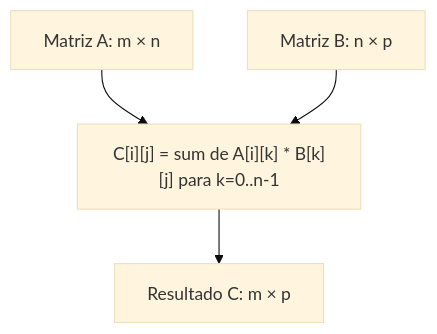
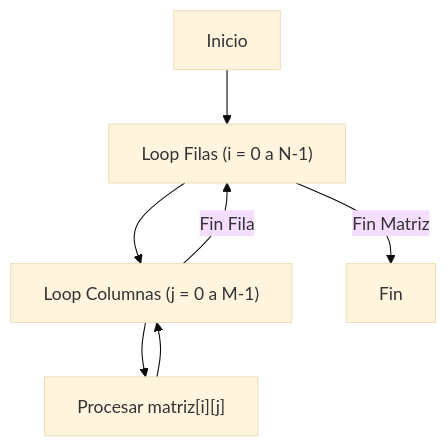
One commit to obiticadev/DAM-2025-26 changed the second of 5 diagrams in Programación/Aprendizaje autodidacta/00_ArraysEstaticosMasterclass/teoria/05_Matrices_Bidimensionales.md. Above: the diagram before and after it, drawn with Mermaid (base theme). The commit also changed other lines of this file and 59 other files, not shown here.

````diff
--- a/Programación/Aprendizaje autodidacta/00_ArraysEstaticosMasterclass/teoria/05_Matrices_Bidimensionales.md
+++ b/Programación/Aprendizaje autodidacta/00_ArraysEstaticosMasterclass/teoria/05_Matrices_Bidimensionales.md
@@ -154,11 +58,9 @@
 ```mermaid
 flowchart TD
-    A["Matriz A: m × n"]
-    B["Matriz B: n × p"]
-    C["Resultado C: m × p"]
-    formula["C[i][j] = sum de A[i][k] * B[k][j] para k=0..n-1"]
-
-    A --> formula
-    B --> formula
-    formula --> C
+    start["Inicio"] --> loopF["Loop Filas (i = 0 a N-1)"]
+    loopF --> loopC["Loop Columnas (j = 0 a M-1)"]
+    loopC --> proc["Procesar matriz[i][j]"]
+    proc --> loopC
+    loopC -- "Fin Fila" --> loopF
+    loopF -- "Fin Matriz" --> endf["Fin"]
 ```
````
